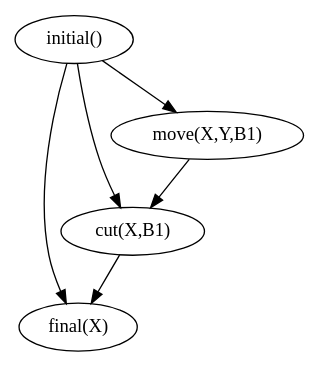
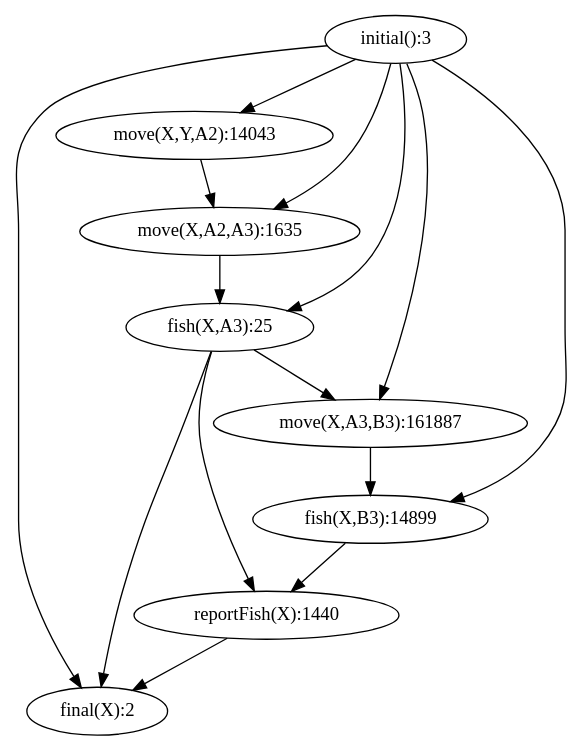
Before and after one commit to tokyramarozaka/mimosa-iriela-extension: the diagram in output/overview.png.dot, drawn with Graphviz. The commit also changed 28 other files, not shown here.

```diff
--- a/output/overview.png.dot
+++ b/output/overview.png.dot
@@ -1,7 +1,16 @@
 digraph G { 
-  "initial()" -> "final(X)";
-  "initial()" -> "cut(X,B1)";
-  "initial()" -> "move(X,Y,B1)";
-  "cut(X,B1)" -> "final(X)";
-  "move(X,Y,B1)" -> "cut(X,B1)";
+  "initial():3" -> "final(X):2";
+  "initial():3" -> "fish(X,A3):25";
+  "initial():3" -> "move(X,A2,A3):1635";
+  "initial():3" -> "move(X,Y,A2):14043";
+  "initial():3" -> "fish(X,B3):14899";
+  "initial():3" -> "move(X,A3,B3):161887";
+  "fish(X,A3):25" -> "final(X):2";
+  "fish(X,A3):25" -> "reportFish(X):1440";
+  "fish(X,A3):25" -> "move(X,A3,B3):161887";
+  "reportFish(X):1440" -> "final(X):2";
+  "move(X,A2,A3):1635" -> "fish(X,A3):25";
+  "move(X,Y,A2):14043" -> "move(X,A2,A3):1635";
+  "fish(X,B3):14899" -> "reportFish(X):1440";
+  "move(X,A3,B3):161887" -> "fish(X,B3):14899";
 }
```
